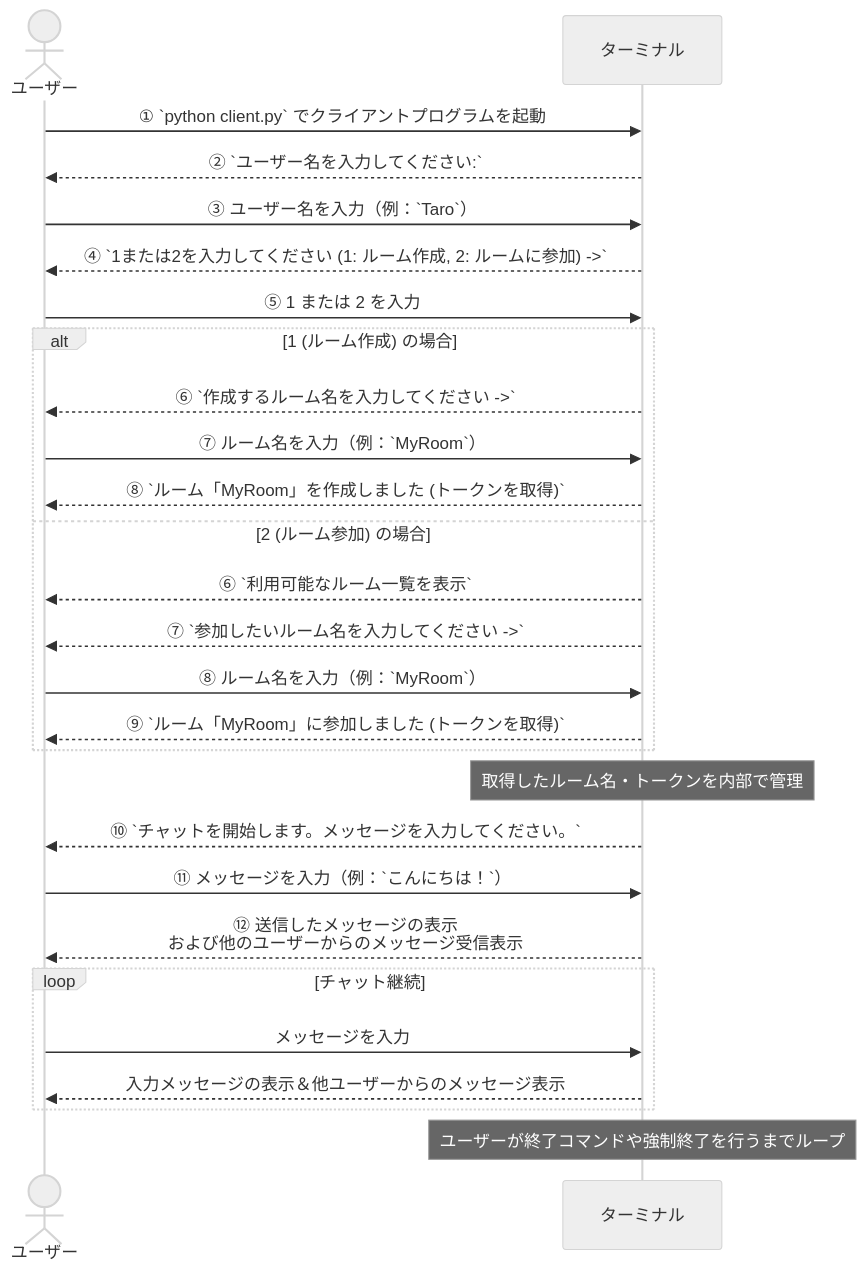
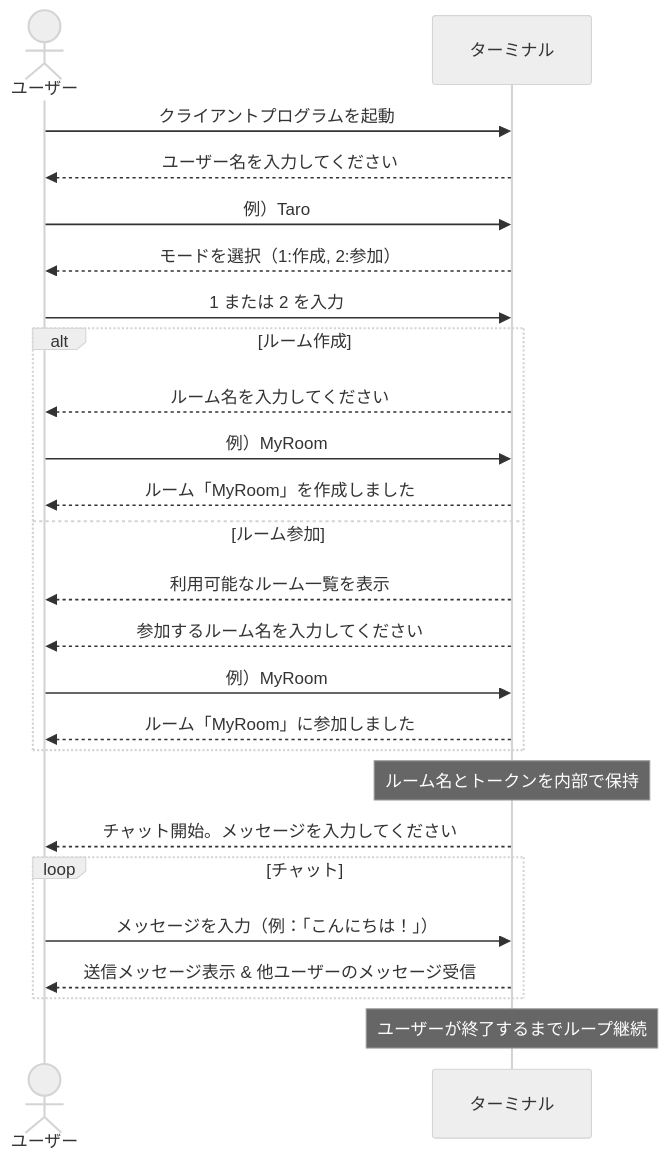
The second of 2 diagrams in README.md (BackendExplorer/Tenshin), drawn with Mermaid (neutral theme) before and after one commit.

````diff
--- a/README.md
+++ b/README.md
@@ -46,35 +46,33 @@
 ```mermaid
 sequenceDiagram
     actor ユーザー
     participant ターミナル
 
-    ユーザー->>ターミナル: ① `python client.py` でクライアントプログラムを起動
-    ターミナル-->>ユーザー: ② `ユーザー名を入力してください:`
-    ユーザー->>ターミナル: ③ ユーザー名を入力（例：`Taro`）
-    ターミナル-->>ユーザー: ④ `1または2を入力してください (1: ルーム作成, 2: ルームに参加) ->`
-    ユーザー->>ターミナル: ⑤ 1 または 2 を入力
+    ユーザー->>ターミナル: クライアントプログラムを起動
+    ターミナル-->>ユーザー: ユーザー名を入力してください
+    ユーザー->>ターミナル: 例）Taro
 
-    alt 1 (ルーム作成) の場合
-        ターミナル-->>ユーザー: ⑥ `作成するルーム名を入力してください ->`
-        ユーザー->>ターミナル: ⑦ ルーム名を入力（例：`MyRoom`）
-        ターミナル-->>ユーザー: ⑧ `ルーム「MyRoom」を作成しました (トークンを取得)`
-    else 2 (ルーム参加) の場合
-        ターミナル-->>ユーザー: ⑥ `利用可能なルーム一覧を表示`
-        ターミナル-->>ユーザー: ⑦ `参加したいルーム名を入力してください ->`
-        ユーザー->>ターミナル: ⑧ ルーム名を入力（例：`MyRoom`）
-        ターミナル-->>ユーザー: ⑨ `ルーム「MyRoom」に参加しました (トークンを取得)`
+    ターミナル-->>ユーザー: モードを選択（1:作成, 2:参加）
+    ユーザー->>ターミナル: 1 または 2 を入力
+
+    alt ルーム作成
+        ターミナル-->>ユーザー: ルーム名を入力してください
+        ユーザー->>ターミナル: 例）MyRoom
+        ターミナル-->>ユーザー: ルーム「MyRoom」を作成しました
+    else ルーム参加
+        ターミナル-->>ユーザー: 利用可能なルーム一覧を表示
+        ターミナル-->>ユーザー: 参加するルーム名を入力してください
+        ユーザー->>ターミナル: 例）MyRoom
+        ターミナル-->>ユーザー: ルーム「MyRoom」に参加しました
     end
 
-    note over ターミナル: 取得したルーム名・トークンを内部で管理
+    note over ターミナル: ルーム名とトークンを内部で保持
 
-    ターミナル-->>ユーザー: ⑩ `チャットを開始します。メッセージを入力してください。`
-    ユーザー->>ターミナル: ⑪ メッセージを入力（例：`こんにちは！`）
-    ターミナル-->>ユーザー: ⑫ 送信したメッセージの表示<br/>および他のユーザーからのメッセージ受信表示
-
-    loop チャット継続
-        ユーザー->>ターミナル: メッセージを入力
-        ターミナル-->>ユーザー: 入力メッセージの表示＆他ユーザーからのメッセージ表示
+    ターミナル-->>ユーザー: チャット開始。メッセージを入力してください
+    loop チャット
+        ユーザー->>ターミナル: メッセージを入力（例：「こんにちは！」）
+        ターミナル-->>ユーザー: 送信メッセージ表示 & 他ユーザーのメッセージ受信
     end
 
-    note over ターミナル: ユーザーが終了コマンドや強制終了を行うまでループ
+    note over ターミナル: ユーザーが終了するまでループ継続
 ```
````
